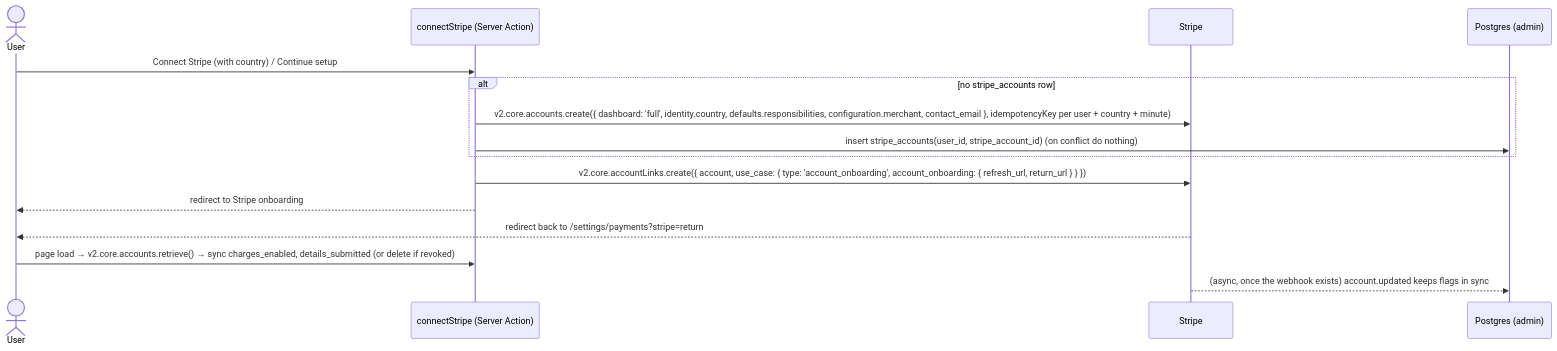
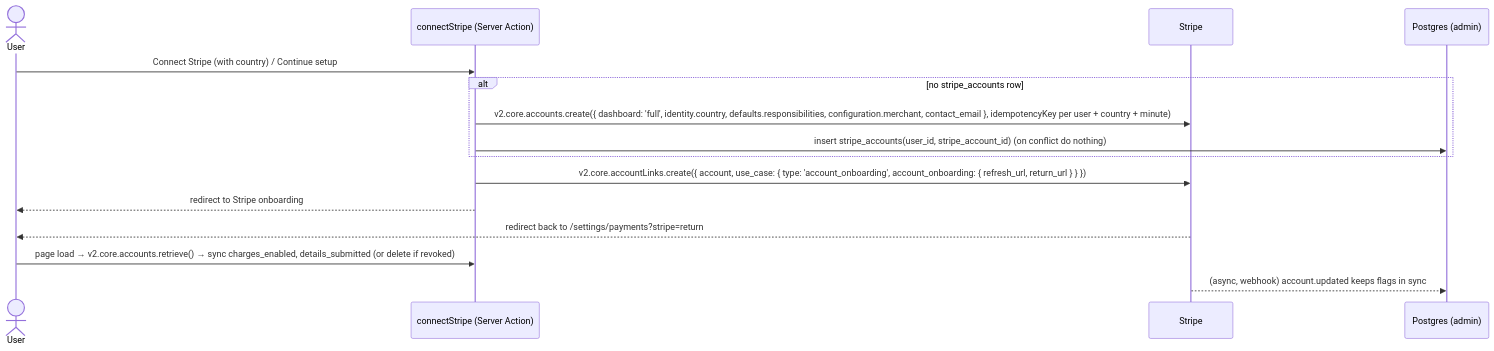
Before and after one commit to izrno00/invoice-generator: the third of 4 diagrams in docs/Tech.md, drawn with Mermaid. The commit also changed other lines of this file and 10 other files, not shown here.

````diff
--- a/docs/Tech.md
+++ b/docs/Tech.md
@@ -464,18 +464,18 @@
 ```mermaid
 sequenceDiagram
     actor U as User
     participant A as connectStripe (Server Action)
     participant S as Stripe
     participant DB as Postgres (admin)
 
     U->>A: Connect Stripe (with country) / Continue setup
     alt no stripe_accounts row
         A->>S: v2.core.accounts.create({ dashboard: 'full', identity.country, defaults.responsibilities, configuration.merchant, contact_email }, idempotencyKey per user + country + minute)
         A->>DB: insert stripe_accounts(user_id, stripe_account_id) (on conflict do nothing)
     end
     A->>S: v2.core.accountLinks.create({ account, use_case: { type: 'account_onboarding', account_onboarding: { refresh_url, return_url } } })
     A-->>U: redirect to Stripe onboarding
     S-->>U: redirect back to /settings/payments?stripe=return
     U->>A: page load → v2.core.accounts.retrieve() → sync charges_enabled, details_submitted (or delete if revoked)
-    S-->>DB: (async, once the webhook exists) account.updated keeps flags in sync
+    S-->>DB: (async, webhook) account.updated keeps flags in sync
 ```
````
